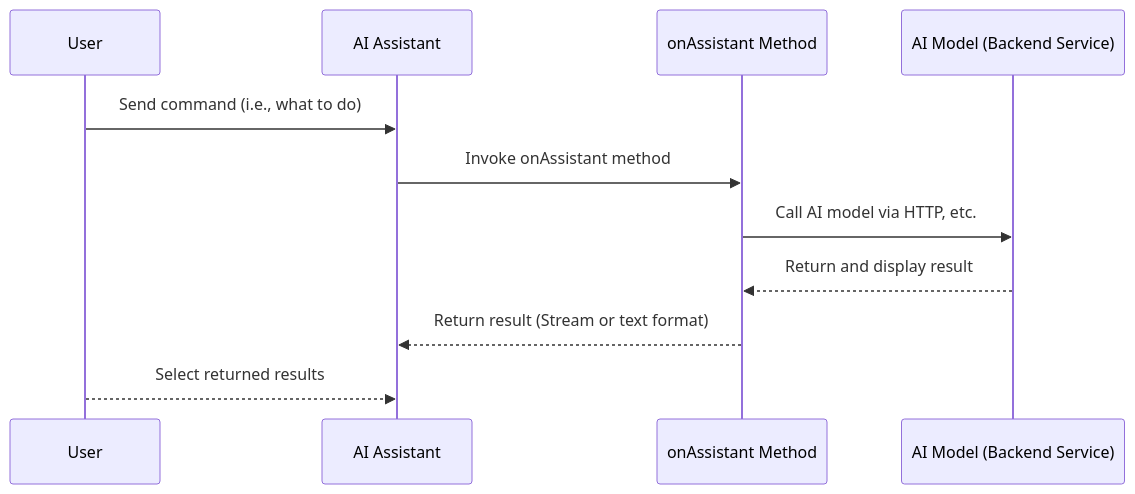
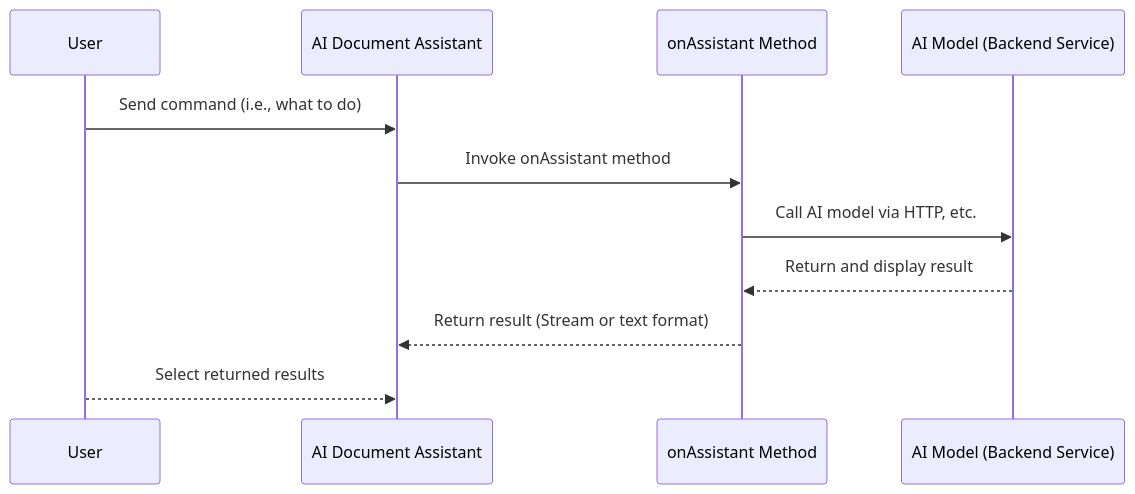
Before and after one commit to umodoc/docs: the diagram in pages/en/docs/assistant.mdx, drawn with Mermaid. The commit also changed other lines of this file and 83 other files, not shown here.

````diff
--- a/pages/en/docs/assistant.mdx
+++ b/pages/en/docs/assistant.mdx
@@ -19,14 +19,14 @@
 ```mermaid
 sequenceDiagram
     participant User as User
-    participant AIDocAssistant as AI Assistant
+    participant AIDocAssistant as AI Document Assistant
     participant onAssistant as onAssistant Method
     participant AIModel as AI Model (Backend Service)
 
     User->>AIDocAssistant: Send command (i.e., what to do)
     AIDocAssistant->>onAssistant: Invoke onAssistant method
     onAssistant->>AIModel: Call AI model via HTTP, etc.
     AIModel-->>onAssistant: Return and display result
     onAssistant-->>AIDocAssistant: Return result (Stream or text format)
     User-->>AIDocAssistant: Select returned results
 ```
````
